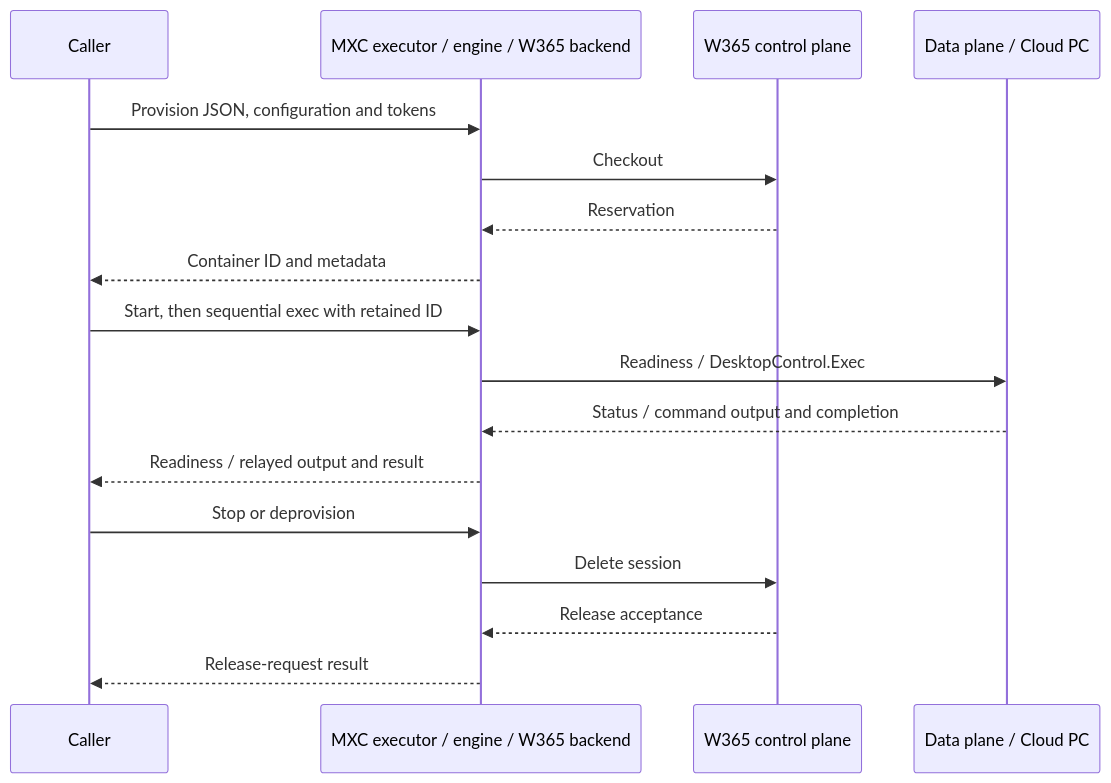
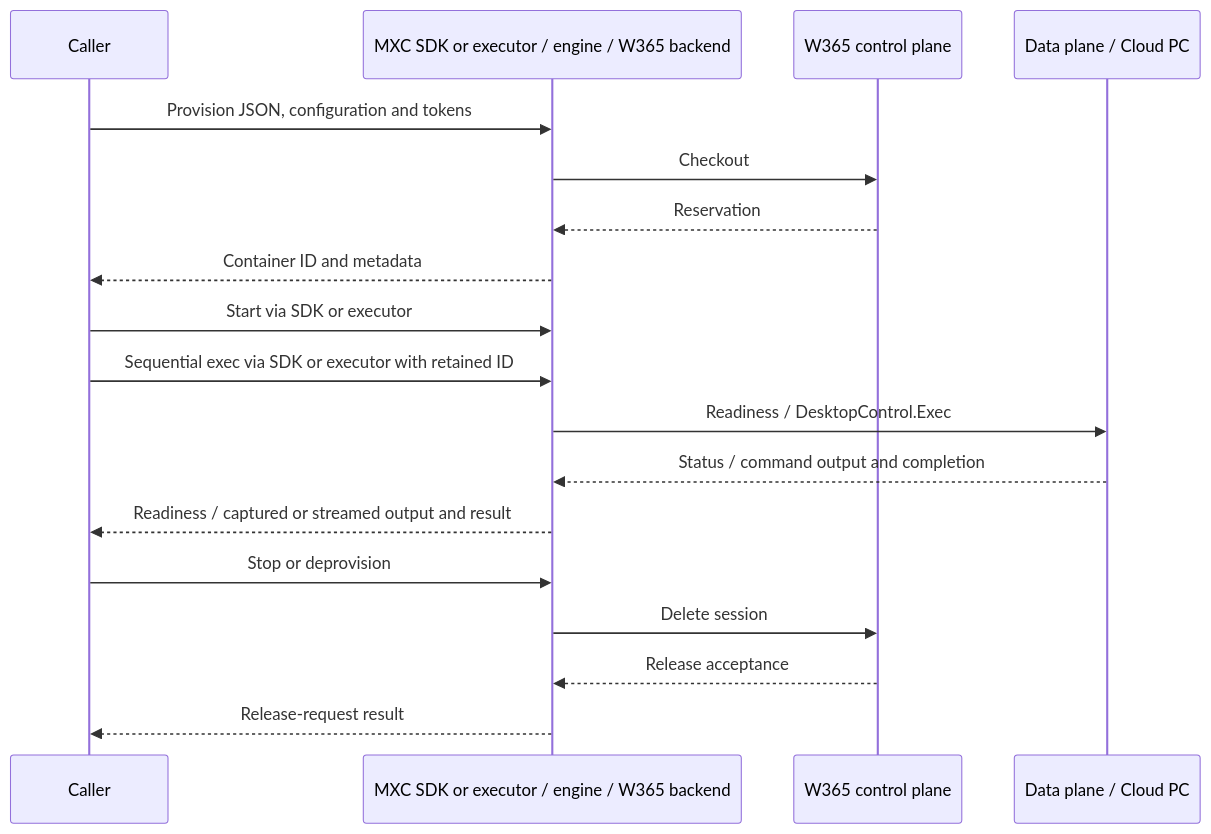
Before and after one commit to microsoft/mxc: the diagram in docs/development/architecture/designs/1615-w365a-backend/README.md, drawn with Mermaid. The commit also changed other lines of this file and 1 other file, not shown here.

First line of the commit message:
Clarify W365A Dev SDK execution and recovery design

````diff
--- a/docs/development/architecture/designs/1615-w365a-backend/README.md
+++ b/docs/development/architecture/designs/1615-w365a-backend/README.md
@@ -332,19 +365,20 @@
 ```mermaid
 sequenceDiagram
     participant C as Caller
-    participant M as MXC executor / engine / W365 backend
+    participant M as MXC SDK or executor / engine / W365 backend
     participant S as W365 control plane
     participant D as Data plane / Cloud PC
     C->>M: Provision JSON, configuration and tokens
     M->>S: Checkout
     S-->>M: Reservation
     M-->>C: Container ID and metadata
-    C->>M: Start, then sequential exec with retained ID
+    C->>M: Start via SDK or executor
+    C->>M: Sequential exec via SDK or executor with retained ID
     M->>D: Readiness / DesktopControl.Exec
     D-->>M: Status / command output and completion
-    M-->>C: Readiness / relayed output and result
+    M-->>C: Readiness / captured or streamed output and result
     C->>M: Stop or deprovision
     M->>S: Delete session
     S-->>M: Release acceptance
     M-->>C: Release-request result
 ```
````
